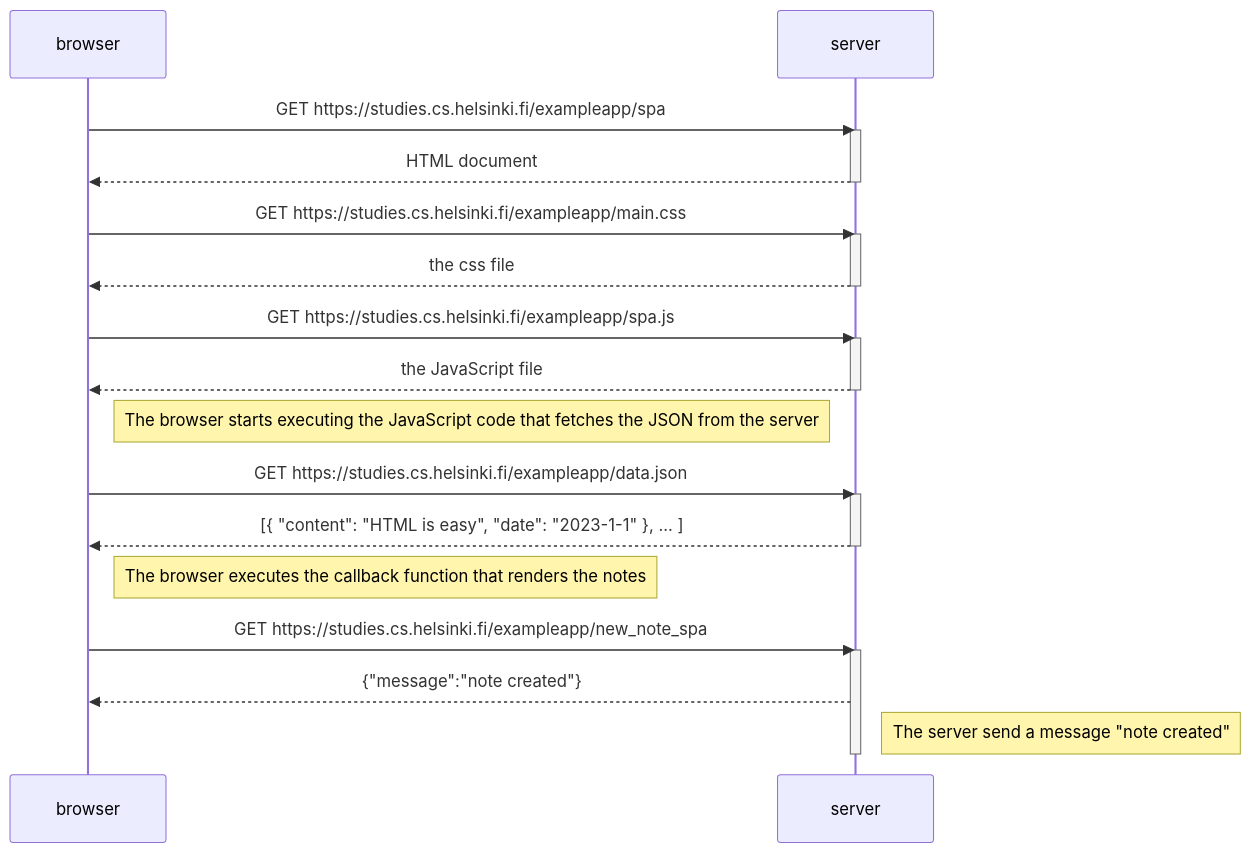
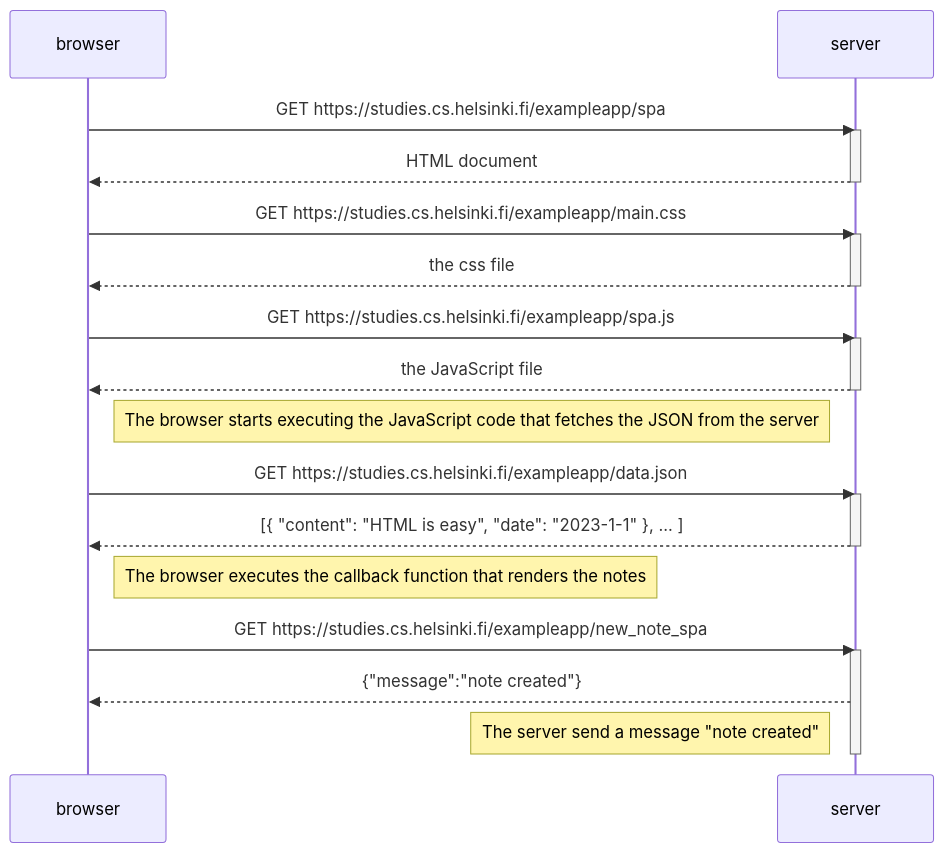
The diagram in parte0/3.md (diegoewww/fullstackopen), drawn with Mermaid before and after one commit.

````diff
--- a/parte0/3.md
+++ b/parte0/3.md
@@ -1,37 +1,37 @@
 ```mermaid
 sequenceDiagram
     participant browser
     participant server
 
     browser->>server: GET https://studies.cs.helsinki.fi/exampleapp/spa
     activate server
     server-->>browser: HTML document
     deactivate server
 
     browser->>server: GET https://studies.cs.helsinki.fi/exampleapp/main.css
     activate server
     server-->>browser: the css file
     deactivate server
 
     browser->>server: GET https://studies.cs.helsinki.fi/exampleapp/spa.js
     activate server
     server-->>browser: the JavaScript file
     deactivate server
 
     Note right of browser: The browser starts executing the JavaScript code that fetches the JSON from the server
 
     browser->>server: GET https://studies.cs.helsinki.fi/exampleapp/data.json
     activate server
     server-->>browser: [{ "content": "HTML is easy", "date": "2023-1-1" }, ... ]
     deactivate server
 
     Note right of browser: The browser executes the callback function that renders the notes
 
      browser->>server: GET https://studies.cs.helsinki.fi/exampleapp/new_note_spa
     activate server
     server-->>browser: {"message":"note created"}
-   Note right of server: The server send a message "note created"
+   Note left of server: The server send a message "note created"
     deactivate server
 
   
 ```
````
